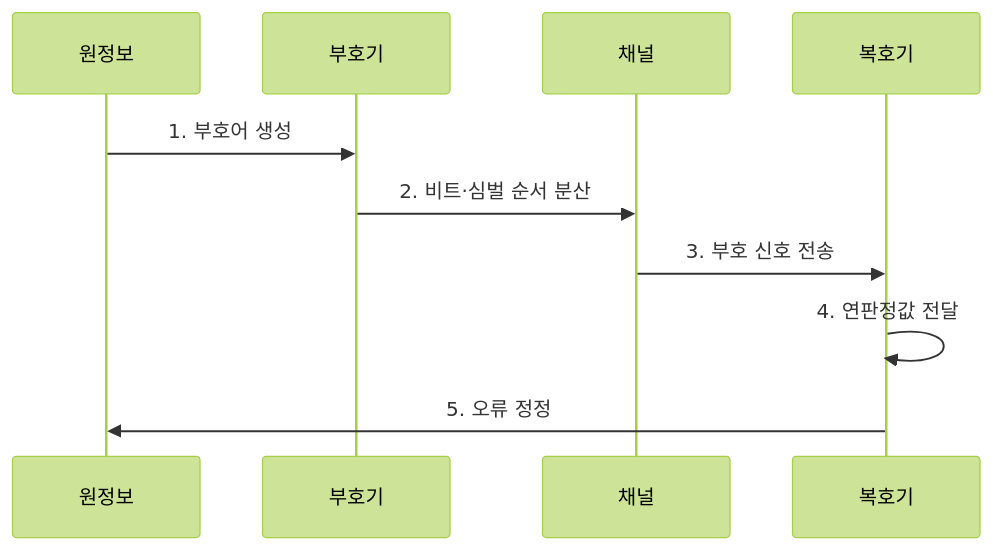
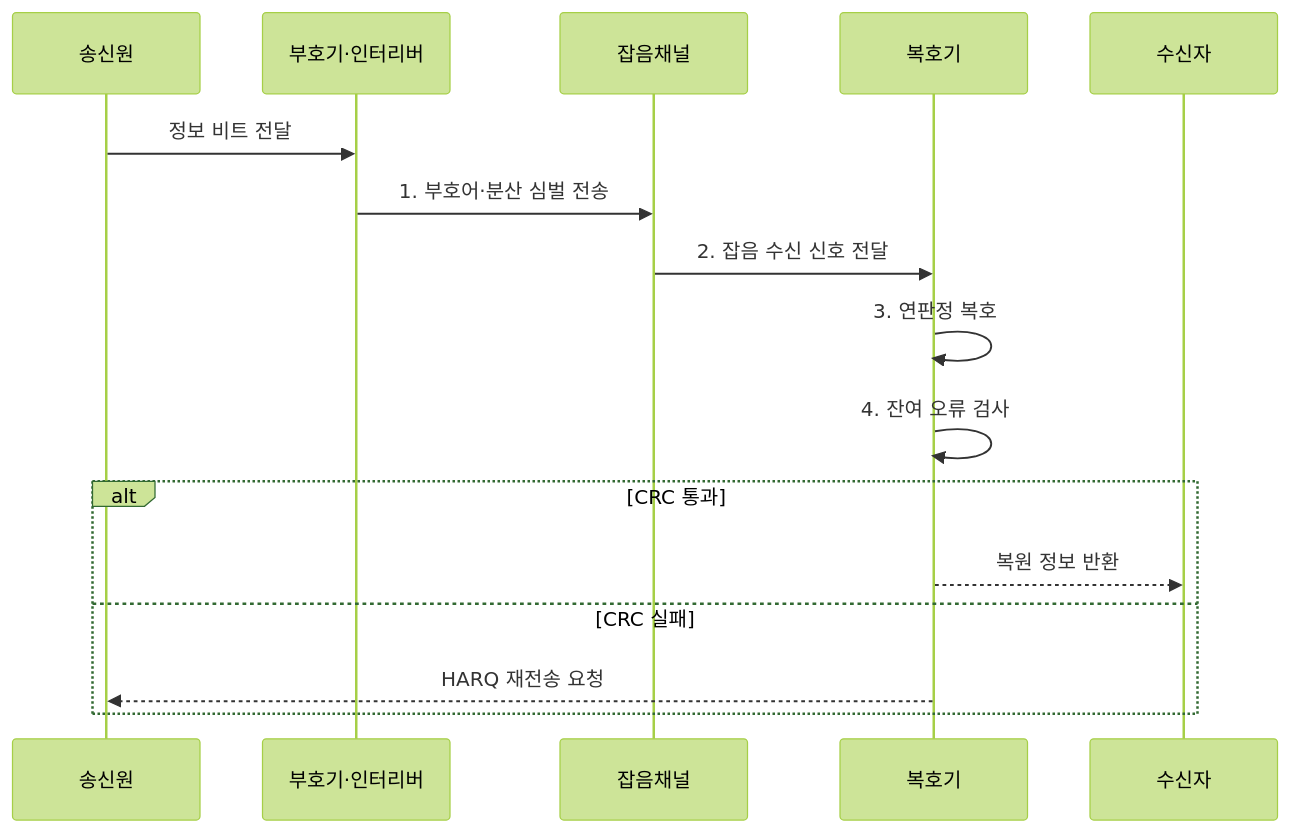
The second of 2 diagrams in src/content/docs/notes/04-network/063_channel_coding.md (agnusdei1207/knowledge-base), drawn with Mermaid (forest theme) before and after one commit. The commit also changed other lines of this file and 20 other files, not shown here.

````diff
--- a/src/content/docs/notes/04-network/063_channel_coding.md
+++ b/src/content/docs/notes/04-network/063_channel_coding.md
@@ -85,12 +90,18 @@
 ```mermaid
 sequenceDiagram
-    participant 원정보
-    participant 부호기
-    participant 채널
+    participant 송신원
+    participant 부호기·인터리버
+    participant 잡음채널
     participant 복호기
-    원정보->>부호기: 1. 부호어 생성
-    부호기->>채널: 2. 비트·심벌 순서 분산
-    채널->>복호기: 3. 부호 신호 전송
-    복호기->>복호기: 4. 연판정값 전달
-    복호기->>원정보: 5. 오류 정정
+    participant 수신자
+    송신원->>부호기·인터리버: 정보 비트 전달
+    부호기·인터리버->>잡음채널: 1. 부호어·분산 심벌 전송
+    잡음채널->>복호기: 2. 잡음 수신 신호 전달
+    복호기->>복호기: 3. 연판정 복호
+    복호기->>복호기: 4. 잔여 오류 검사
+    alt CRC 통과
+        복호기-->>수신자: 복원 정보 반환
+    else CRC 실패
+        복호기-->>송신원: HARQ 재전송 요청
+    end
 ```
````
